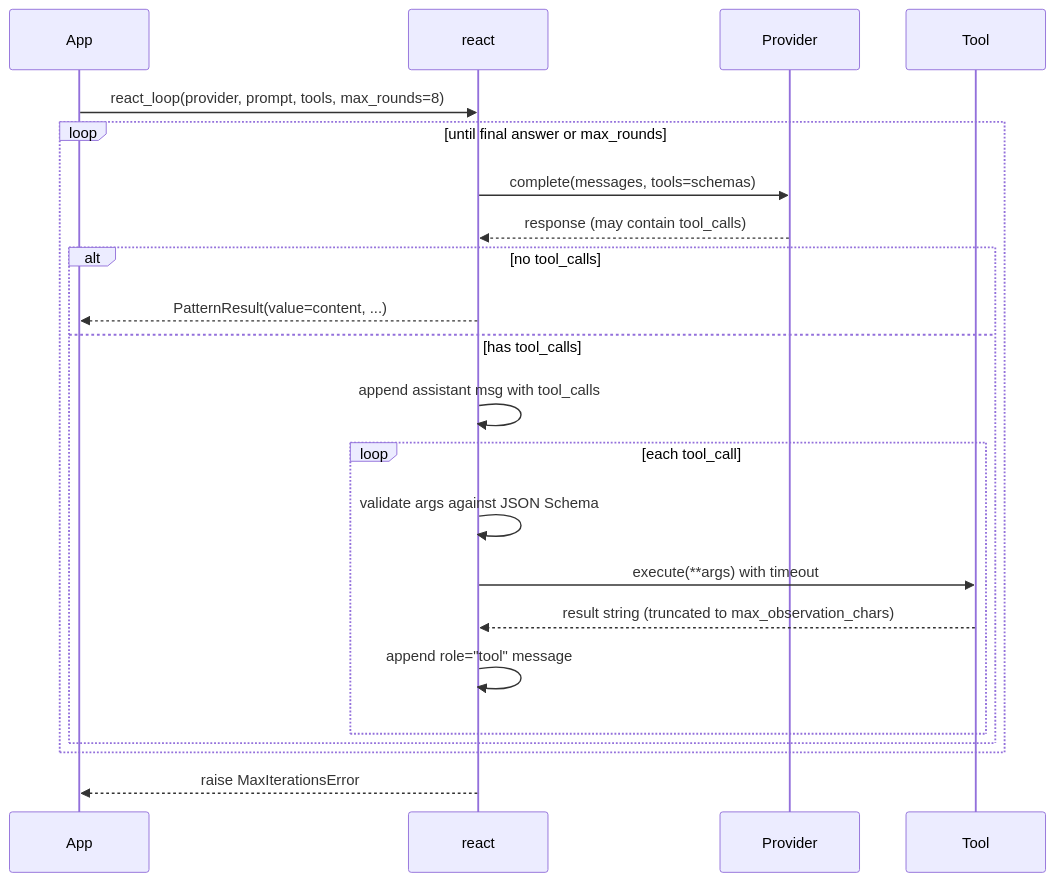
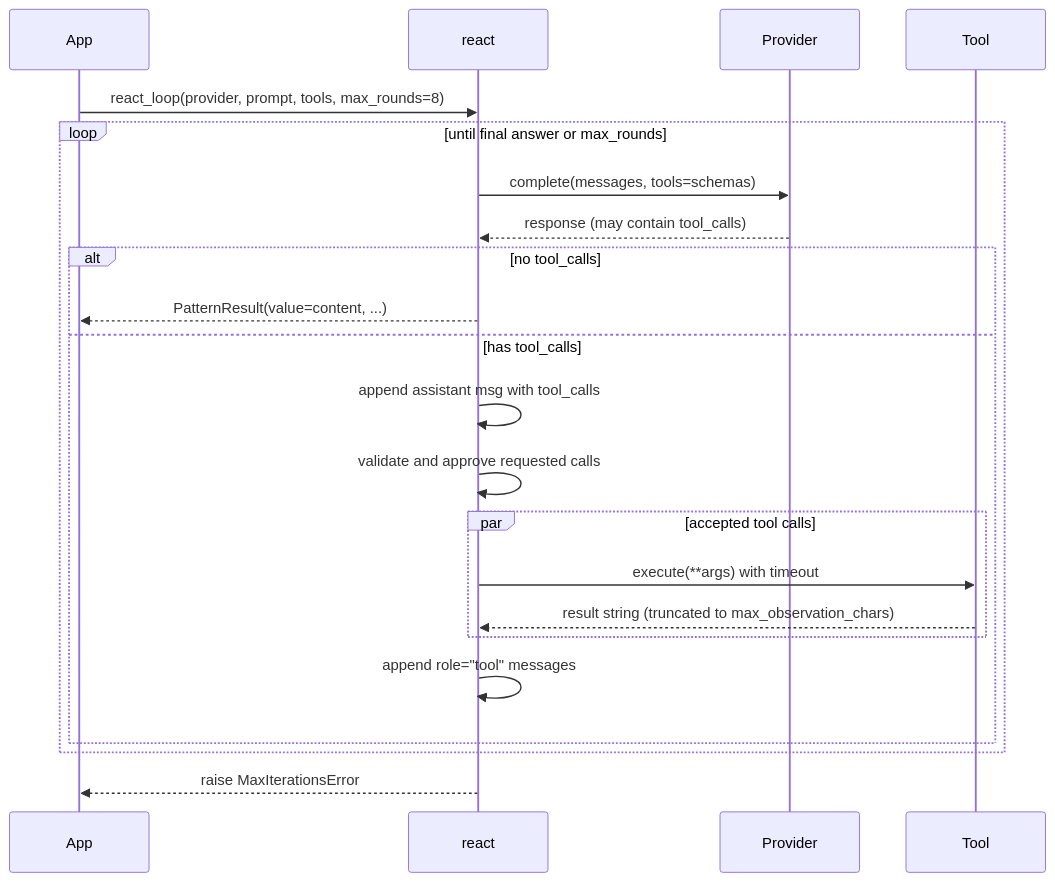
Before and after one commit to tafreeman/executionkit: the diagram in docs/patterns/react-loop.md, drawn with Mermaid. The commit also changed other lines of this file and 70 other files, not shown here.

````diff
--- a/docs/patterns/react-loop.md
+++ b/docs/patterns/react-loop.md
@@ -22,24 +25,24 @@
 ```mermaid
 sequenceDiagram
     participant App
     participant react
     participant Provider
     participant Tool
     App->>react: react_loop(provider, prompt, tools, max_rounds=8)
     loop until final answer or max_rounds
         react->>Provider: complete(messages, tools=schemas)
         Provider-->>react: response (may contain tool_calls)
         alt no tool_calls
             react-->>App: PatternResult(value=content, ...)
         else has tool_calls
             react->>react: append assistant msg with tool_calls
-            loop each tool_call
-                react->>react: validate args against JSON Schema
+            react->>react: validate and approve requested calls
+            par accepted tool calls
                 react->>Tool: execute(**args) with timeout
                 Tool-->>react: result string (truncated to max_observation_chars)
-                react->>react: append role="tool" message
             end
+            react->>react: append role="tool" messages
         end
     end
     react-->>App: raise MaxIterationsError
 ```
````
